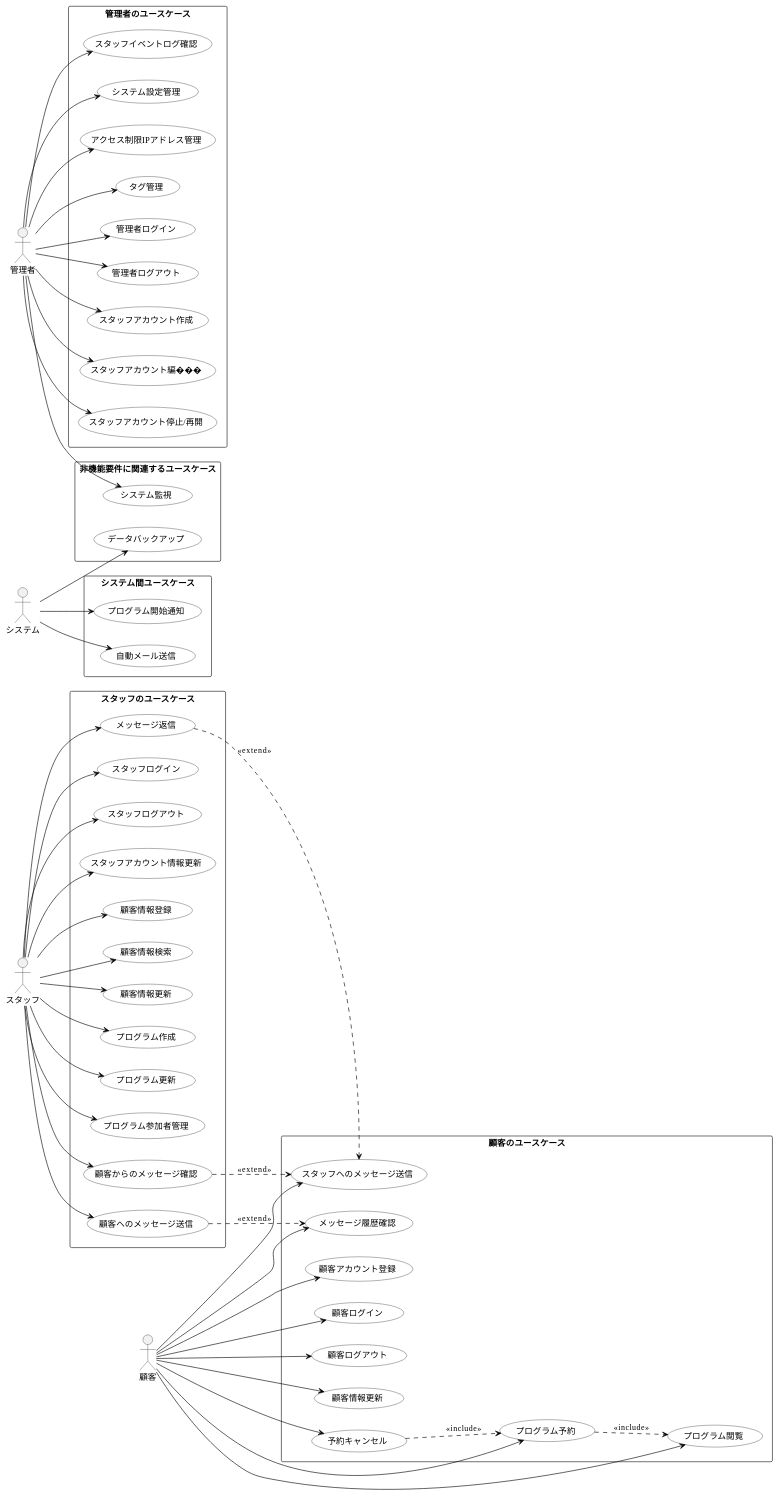
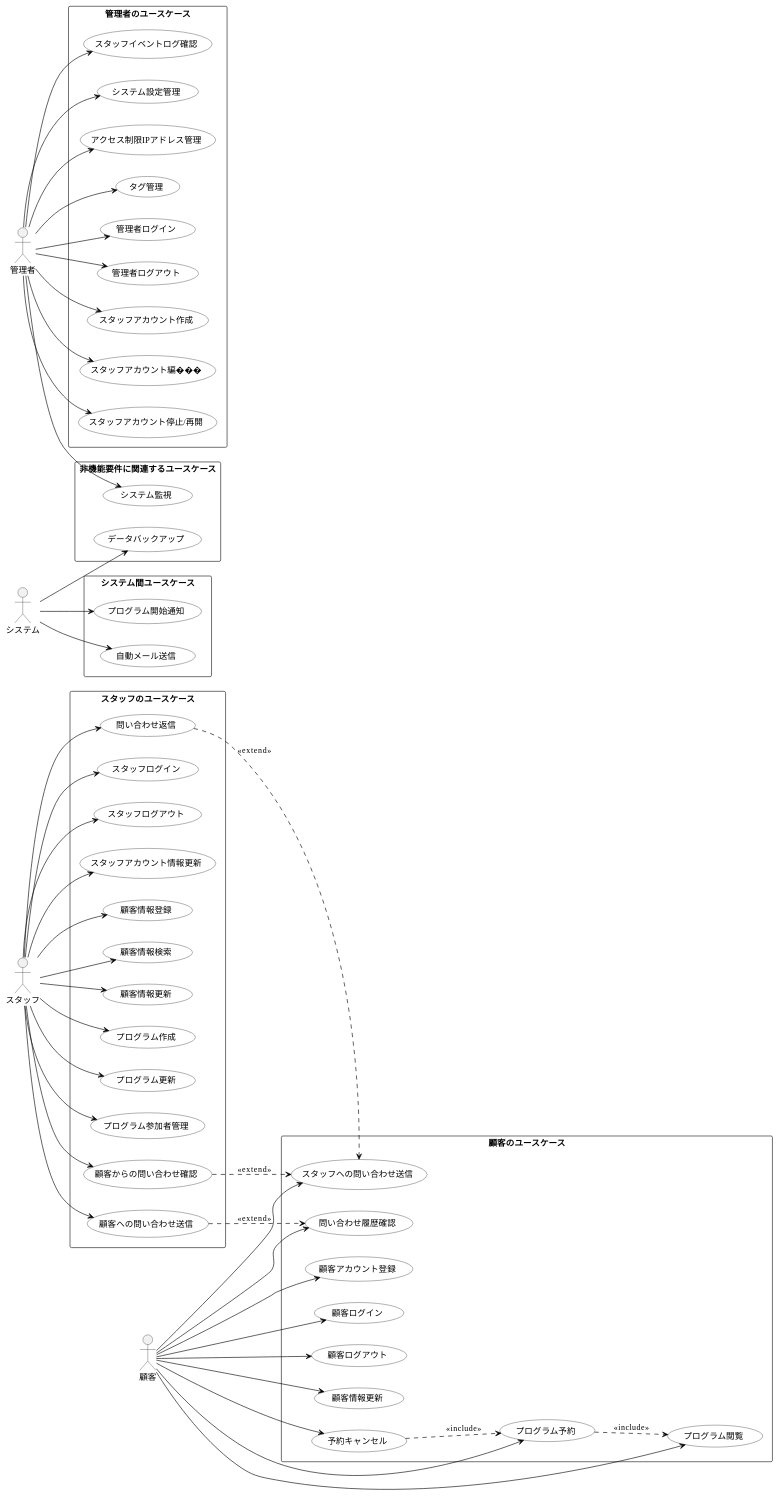
One commit to k2works/baukis-kai changed the diagram in docs/ユースケース.md. Above: the diagram before and after it, drawn with PlantUML. The commit also changed other lines of this file and 4 other files, not shown here.

```diff
--- a/docs/ユースケース.md
+++ b/docs/ユースケース.md
@@ -405,9 +405,9 @@
   usecase "プログラム作成" as S007
   usecase "プログラム更新" as S008
   usecase "プログラム参加者管理" as S009
-  usecase "顧客へのメッセージ送信" as S010
-  usecase "顧客からのメッセージ確認" as S011
-  usecase "メッセージ返信" as S012
+  usecase "顧客への問い合わせ送信" as S010
+  usecase "顧客からの問い合わせ確認" as S011
+  usecase "問い合わせ返信" as S012
 }
 
 rectangle "顧客のユースケース" {
@@ -418,8 +418,8 @@
   usecase "プログラム閲覧" as C005
   usecase "プログラム予約" as C006
   usecase "予約キャンセル" as C007
-  usecase "スタッフへのメッセージ送信" as C008
-  usecase "メッセージ履歴確認" as C009
+  usecase "スタッフへの問い合わせ送信" as C008
+  usecase "問い合わせ履歴確認" as C009
 }
 
 rectangle "管理者のユースケース" {
```
